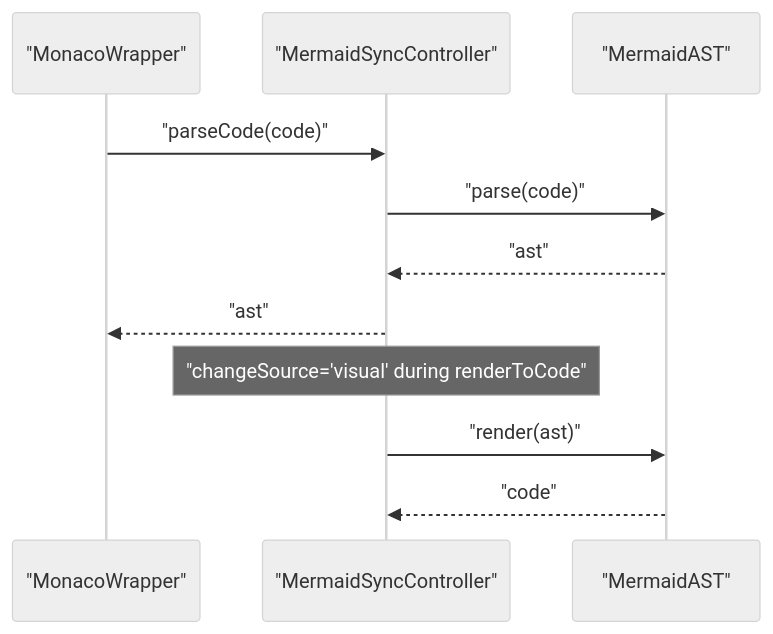
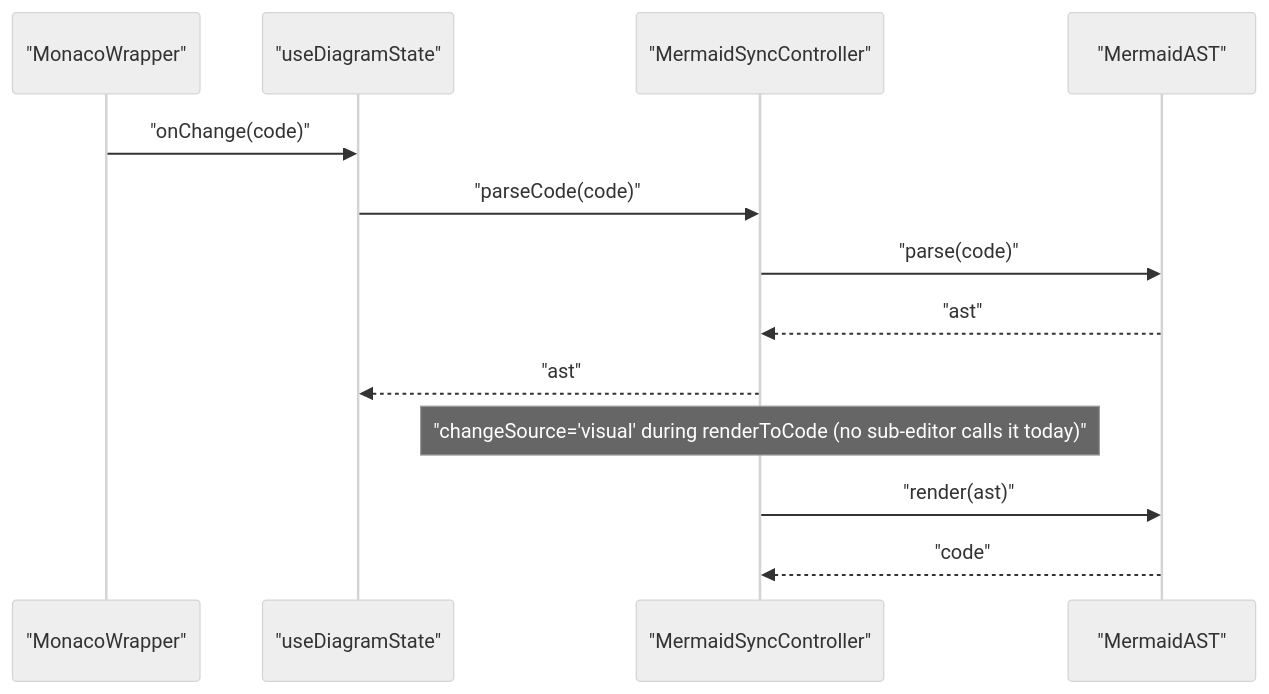
The eighth of 14 diagrams in .qoder/repowiki/en/content/Advanced Features/Technical Implementations.md (ongchonghian/universal-diagram-editor), drawn with Mermaid (neutral theme) before and after one commit. The commit also changed other lines of this file and 31 other files, not shown here.

````diff
--- a/.qoder/repowiki/en/content/Advanced Features/Technical Implementations.md
+++ b/.qoder/repowiki/en/content/Advanced Features/Technical Implementations.md
@@ -304,13 +307,15 @@
 ```mermaid
 sequenceDiagram
 participant MW as "MonacoWrapper"
+participant ST as "useDiagramState"
 participant SYNC as "MermaidSyncController"
 participant AST as "MermaidAST"
-MW->>SYNC : "parseCode(code)"
+MW->>ST : "onChange(code)"
+ST->>SYNC : "parseCode(code)"
 SYNC->>AST : "parse(code)"
 AST-->>SYNC : "ast"
-SYNC-->>MW : "ast"
-Note over SYNC : "changeSource='visual' during renderToCode"
+SYNC-->>ST : "ast"
+Note over SYNC : "changeSource='visual' during renderToCode (no sub-editor calls it today)"
 SYNC->>AST : "render(ast)"
 AST-->>SYNC : "code"
 ```
````
